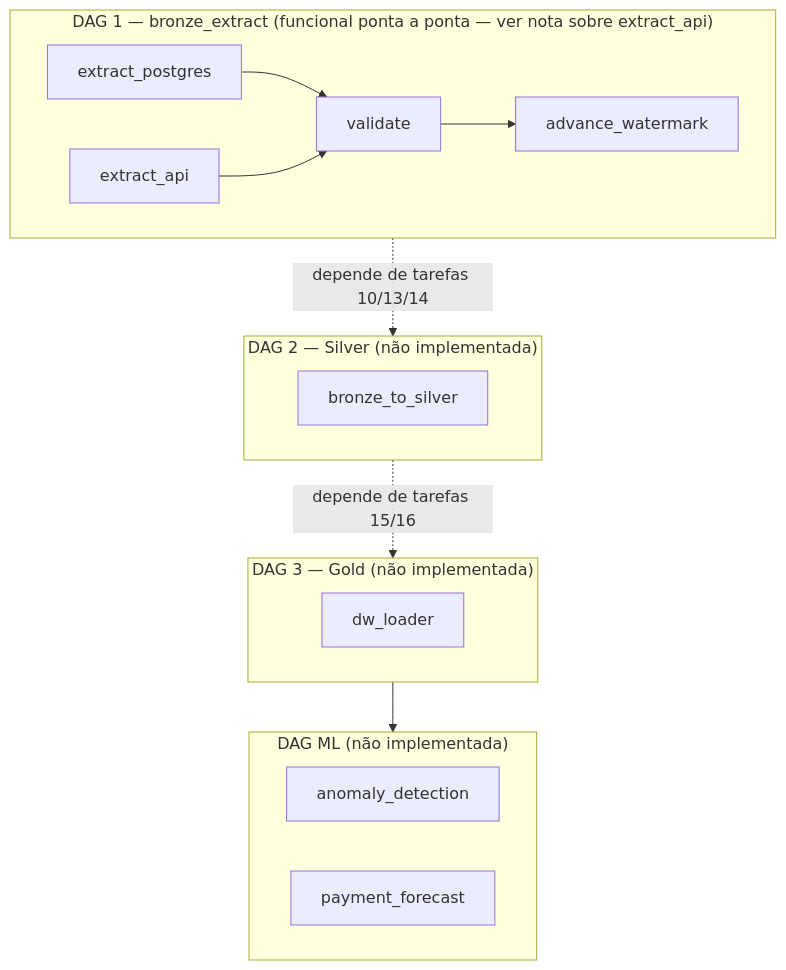
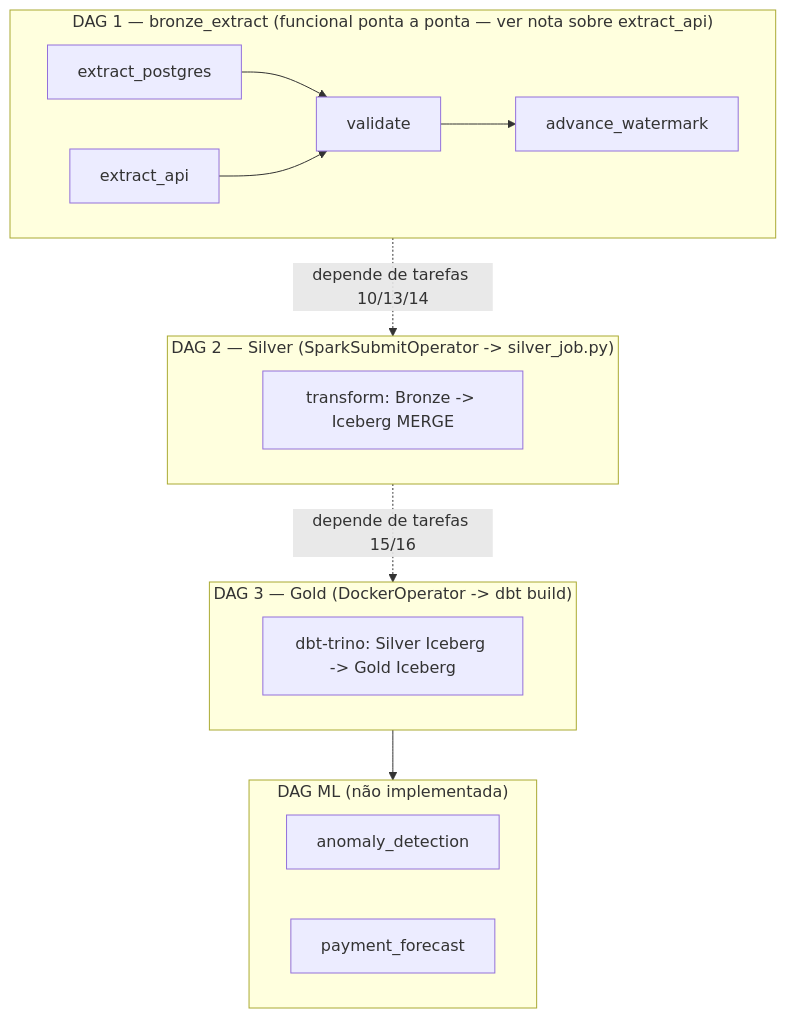
One commit to jaimejrs/data-engineering-lab-PY03 changed the second of 3 diagrams in documentacao/diagrama-arquitetura.md. Above: the diagram before and after it, drawn with Mermaid. The commit also changed other lines of this file and 42 other files, not shown here.

First line of the commit message:
Evolui pipeline para lakehouse: Silver Iceberg/Spark + Gold dbt-trino

````diff
--- a/documentacao/diagrama-arquitetura.md
+++ b/documentacao/diagrama-arquitetura.md
@@ -66,20 +68,20 @@
 ```mermaid
 flowchart TB
     subgraph DAG1["DAG 1 — bronze_extract (funcional ponta a ponta — ver nota sobre extract_api)"]
         d1a[extract_postgres] --> d1c[validate]
         d1b[extract_api] --> d1c
         d1c --> d1d[advance_watermark]
     end
-    subgraph DAG2["DAG 2 — Silver (não implementada)"]
-        d2a[bronze_to_silver]
+    subgraph DAG2["DAG 2 — Silver (SparkSubmitOperator -> silver_job.py)"]
+        d2a[transform: Bronze -> Iceberg MERGE]
     end
-    subgraph DAG3["DAG 3 — Gold (não implementada)"]
-        d3a[dw_loader]
+    subgraph DAG3["DAG 3 — Gold (DockerOperator -> dbt build)"]
+        d3a[dbt-trino: Silver Iceberg -> Gold Iceberg]
     end
     subgraph DAG4["DAG ML (não implementada)"]
         d4a[anomaly_detection]
         d4b[payment_forecast]
     end
 
     DAG1 -.depende de tarefas 10/13/14.-> DAG2 -.depende de tarefas 15/16.-> DAG3 --> DAG4
 ```
````
